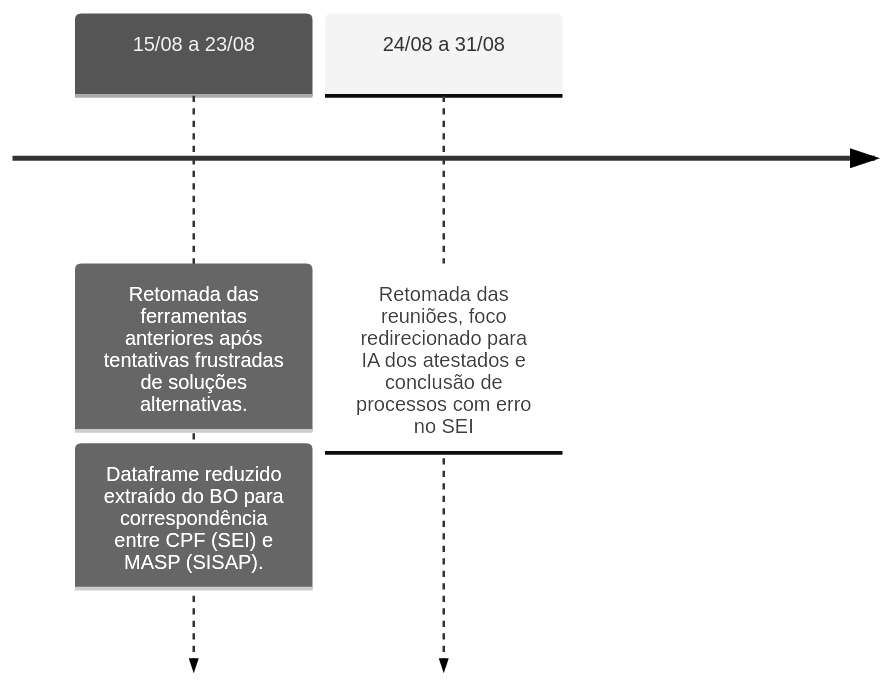
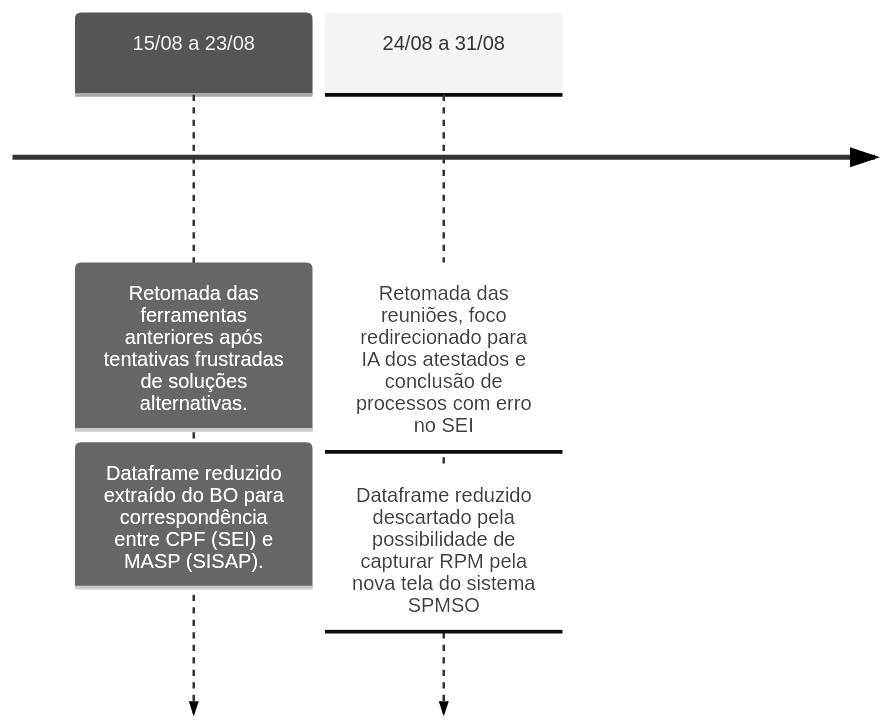
One commit to automatiza-mg/handbook changed the fifth of 6 diagrams in docs/linha_do_tempo/projeto_seplag_scpmso.md. Above: the diagram before and after it, drawn with Mermaid (neutral theme). The commit also changed other lines of this file, not shown here.

Commit message:
atualiza linha do tempo perícia

````diff
--- a/docs/linha_do_tempo/projeto_seplag_scpmso.md
+++ b/docs/linha_do_tempo/projeto_seplag_scpmso.md
@@ -57,6 +57,7 @@
     ```mermaid
     timeline
         15/08 a 23/08 : Retomada das ferramentas anteriores após tentativas frustradas de soluções alternativas.
                       : Dataframe reduzido extraído do BO para correspondência entre CPF (SEI) e MASP (SISAP).
-        24/08 a 31/08 : Retomada das reuniões, foco redirecionado para IA dos atestados e conclusão de processos com erro no SEI 
+        24/08 a 31/08 : Retomada das reuniões, foco redirecionado para IA dos atestados e conclusão de processos com erro no SEI
+                      : Dataframe reduzido descartado pela possibilidade de capturar RPM pela nova tela do sistema SPMSO   
     ```
````
